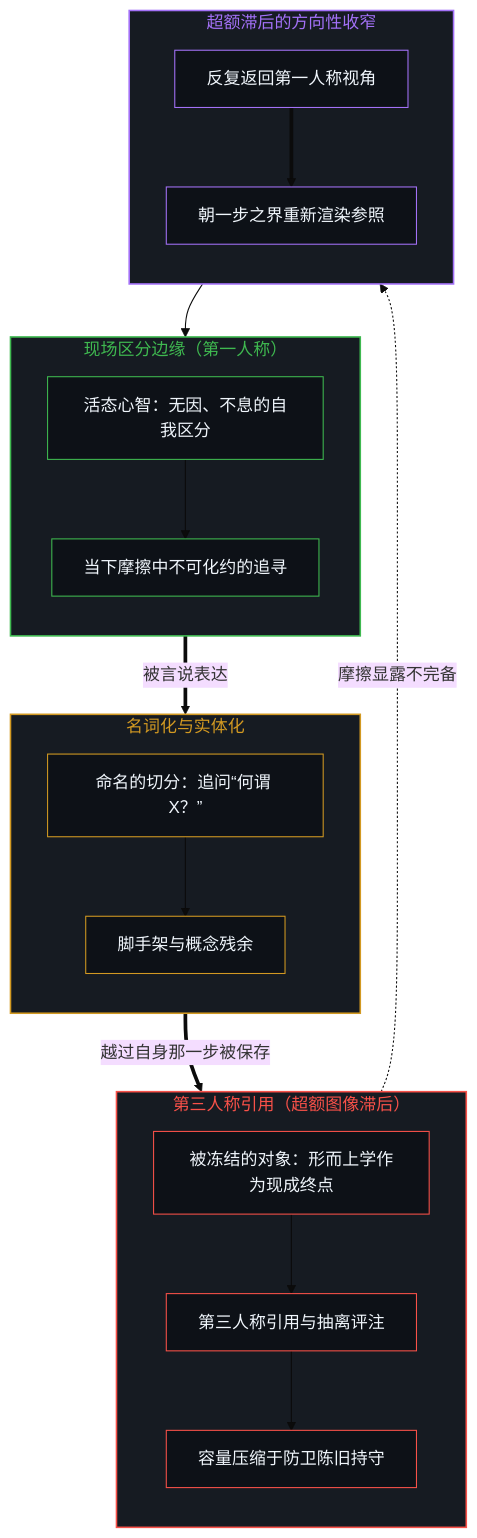
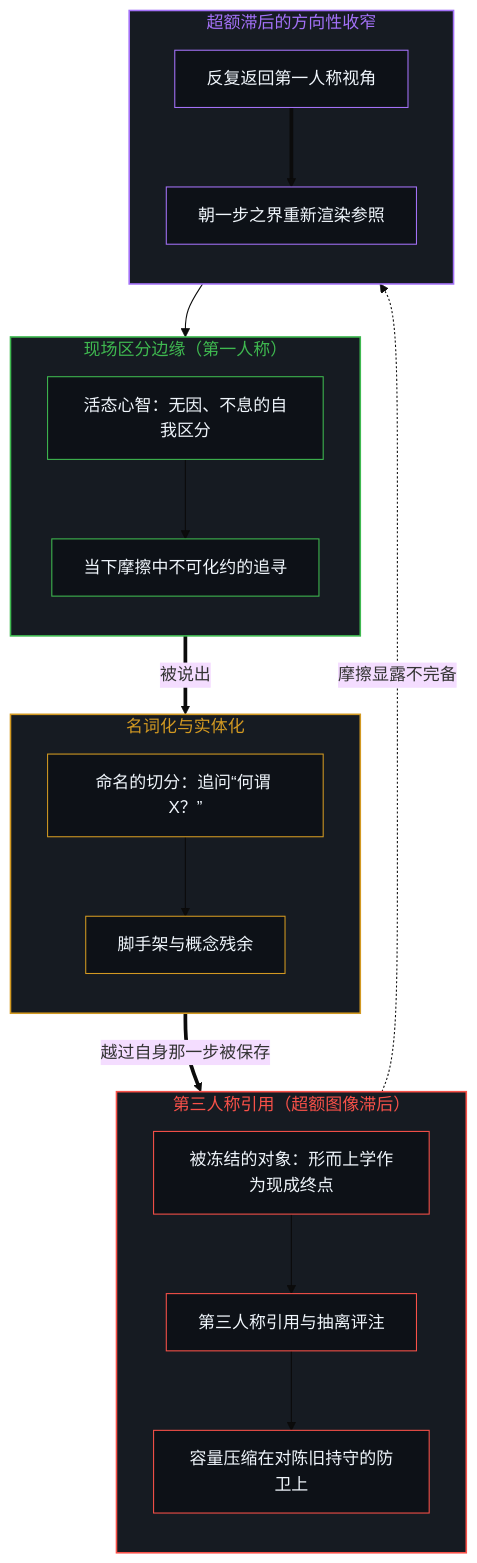
One commit to powerpig99/not-a-toe changed the first of 2 diagrams in content/posts/what-is-metaphysics-as-the-cut-that-names-the-seeking-as-destination.md. Above: the diagram before and after it, drawn with Mermaid (base theme). The commit also changed other lines of this file and 13 other files, not shown here.

````diff
--- a/content/posts/what-is-metaphysics-as-the-cut-that-names-the-seeking-as-destination.md
+++ b/content/posts/what-is-metaphysics-as-the-cut-that-names-the-seeking-as-destination.md
@@ -27,46 +27,46 @@
 ```mermaid
 flowchart TD
     subgraph S_Activity["现场区分边缘（第一人称）"]
         direction TB
         Mind["活态心智：无因、不息的自我区分"]
         Seeking["当下摩擦中不可化约的追寻"]
     end
     subgraph S_Conversion["名词化与实体化"]
         direction TB
         Naming["命名的切分：追问“何谓 X？”"]
         Scaffold["脚手架与概念残余"]
     end
     subgraph S_Lag["第三人称引用（超额图像滞后）"]
         direction TB
         FrozenObj["被冻结的对象：形而上学作为现成终点"]
         ThirdPerson["第三人称引用与抽离评注"]
-        StaleHold["容量压缩于防卫陈旧持守"]
+        StaleHold["容量压缩在对陈旧持守的防卫上"]
     end
     subgraph S_Return["超额滞后的方向性收窄"]
         direction TB
         Return["反复返回第一人称视角"]
         ReRender["朝一步之界重新渲染参照"]
     end
     Mind --> Seeking
-    Seeking ==>|被言说表达| Naming
+    Seeking ==>|被说出| Naming
     Naming --> Scaffold
     Scaffold ==>|越过自身那一步被保存| FrozenObj
     FrozenObj --> ThirdPerson
     ThirdPerson --> StaleHold
     StaleHold -.->|摩擦显露不完备| Return
     Return ==> ReRender
-    ReRender --> Mind
+    ReRender --> Seeking
     style S_Activity fill:#161b22,stroke:#3fb950,stroke-width:1.5px,color:#3fb950
     style S_Conversion fill:#161b22,stroke:#d29922,stroke-width:1.5px,color:#d29922
     style S_Lag fill:#161b22,stroke:#f85149,stroke-width:1.5px,color:#f85149
     style S_Return fill:#161b22,stroke:#a371f7,stroke-width:1.5px,color:#a371f7
     style Mind fill:#0d1117,stroke:#3fb950,stroke-width:1px,color:#f0f6fc
     style Seeking fill:#0d1117,stroke:#3fb950,stroke-width:1px,color:#f0f6fc
     style Naming fill:#0d1117,stroke:#d29922,stroke-width:1px,color:#f0f6fc
     style Scaffold fill:#0d1117,stroke:#d29922,stroke-width:1px,color:#f0f6fc
     style FrozenObj fill:#0d1117,stroke:#f85149,stroke-width:1px,color:#f0f6fc
     style ThirdPerson fill:#0d1117,stroke:#f85149,stroke-width:1px,color:#f0f6fc
     style StaleHold fill:#0d1117,stroke:#f85149,stroke-width:1px,color:#f0f6fc
     style Return fill:#0d1117,stroke:#a371f7,stroke-width:1px,color:#f0f6fc
     style ReRender fill:#0d1117,stroke:#a371f7,stroke-width:1px,color:#f0f6fc
 ```
````
